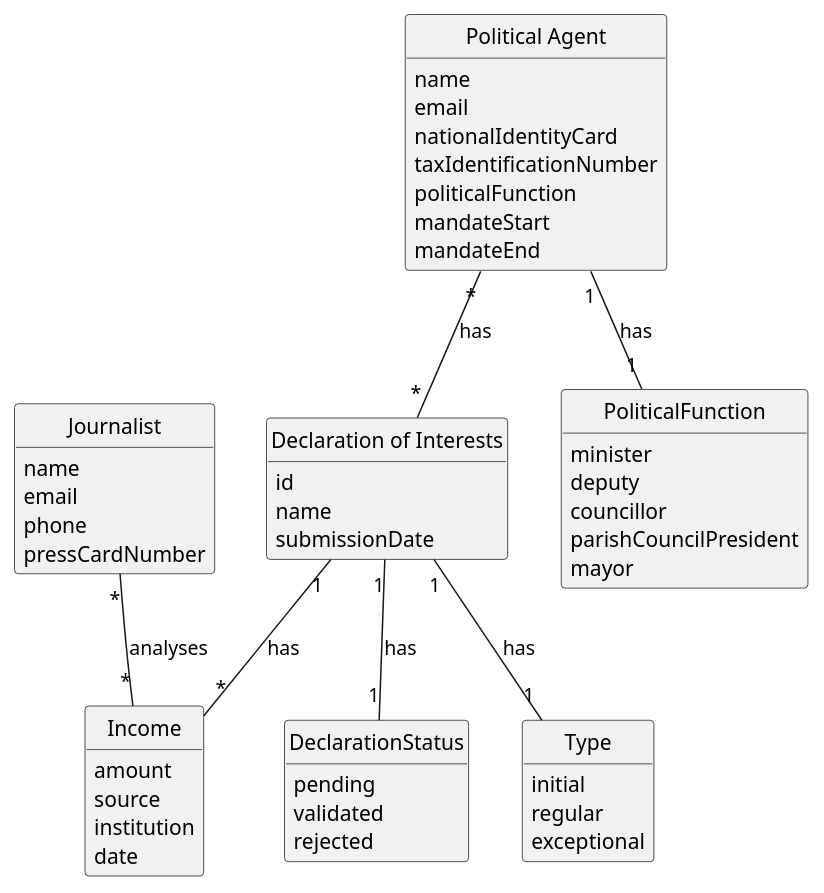
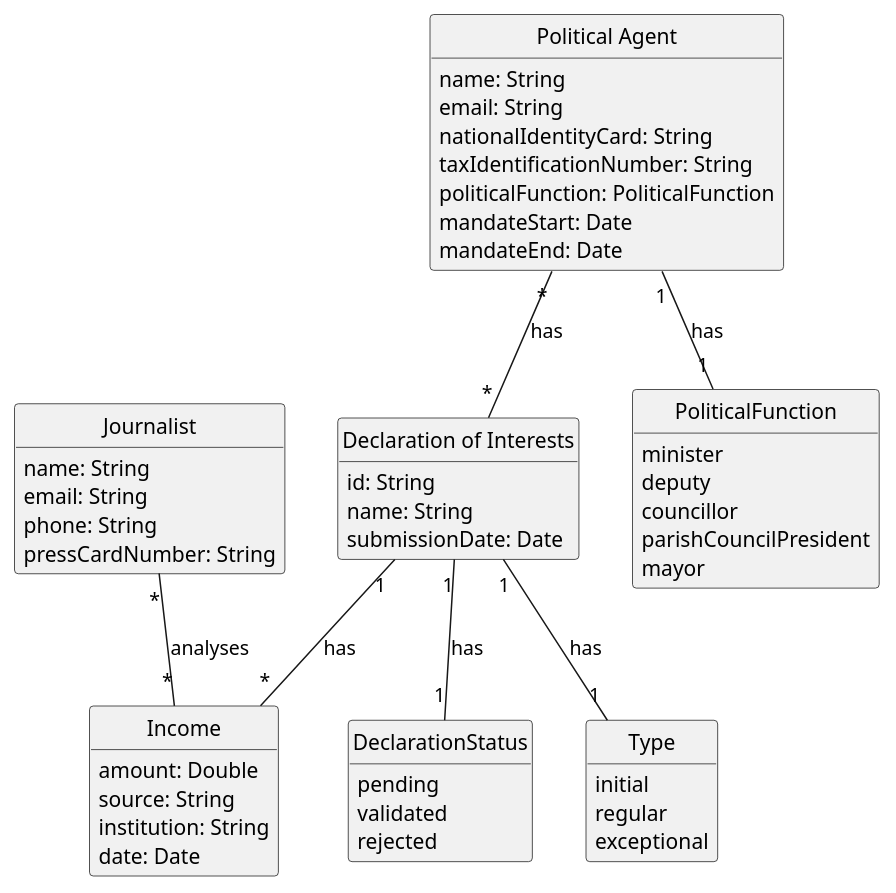
Before and after one commit to brunodspinto/crystal-clear-platform: the diagram in docs/system-documentation/US10/02.analysis/US10-DM.puml, drawn with PlantUML. The commit also changed 2 other files, not shown here.

Commit message:
Changed some US types in diagrams

```diff
--- a/docs/system-documentation/US10/02.analysis/US10-DM.puml
+++ b/docs/system-documentation/US10/02.analysis/US10-DM.puml
@@ -1,70 +1,70 @@
 @startuml US10-DM
 skinparam monochrome true
 skinparam packageStyle rectangle
 skinparam shadowing false
 skinparam classAttributeIconSize 0
 
 hide circle
 hide methods
 
 class Journalist {
-    name
-    email
-    phone
-    pressCardNumber
+    name: String
+    email: String
+    phone: String
+    pressCardNumber: String
 }
 
 class "Political Agent" as PoliticalAgent {
-    name
-    email
-    nationalIdentityCard
-    taxIdentificationNumber
-    politicalFunction
-    mandateStart
-    mandateEnd
+    name: String
+    email: String
+    nationalIdentityCard: String
+    taxIdentificationNumber: String
+    politicalFunction: PoliticalFunction
+    mandateStart: Date
+    mandateEnd: Date
 }
 
 class "Declaration of Interests" as Declaration {
-    id
-    name
-    submissionDate
+    id: String
+    name: String
+    submissionDate: Date
 }
 
 enum DeclarationStatus {
     pending
     validated
     rejected
 }
 
 enum Type {
     initial
     regular
     exceptional
 }
 
 enum PoliticalFunction {
     minister
     deputy
     councillor
     parishCouncilPresident
     mayor
 }
 
 class Income {
-    amount
-    source
-    institution
-    date
+    amount: Double
+    source: String
+    institution: String
+    date: Date
 }
 
 Journalist "*" -- "*" Income : analyses
 
 PoliticalAgent "*" -- "*" Declaration : has
 
 PoliticalAgent "1" -- "1" PoliticalFunction : has
 
 Declaration "1" -- "1" Type : has
 Declaration "1" -- "1" DeclarationStatus : has
 Declaration "1" -- "*" Income : has
 
 @enduml
```
